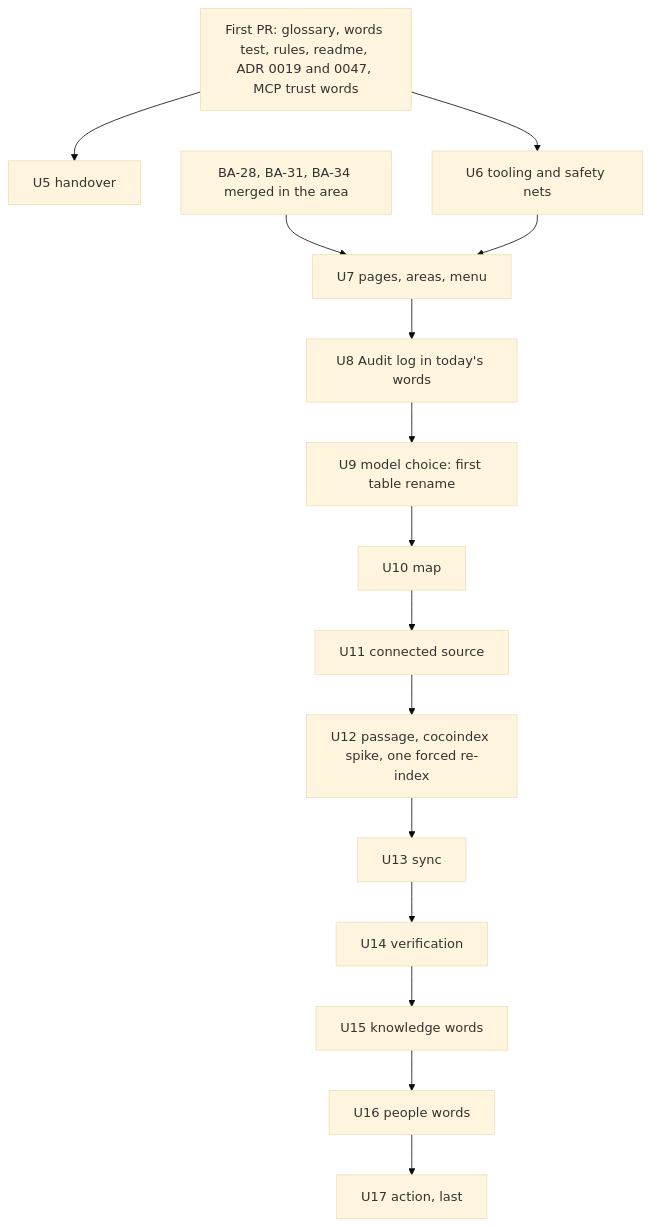
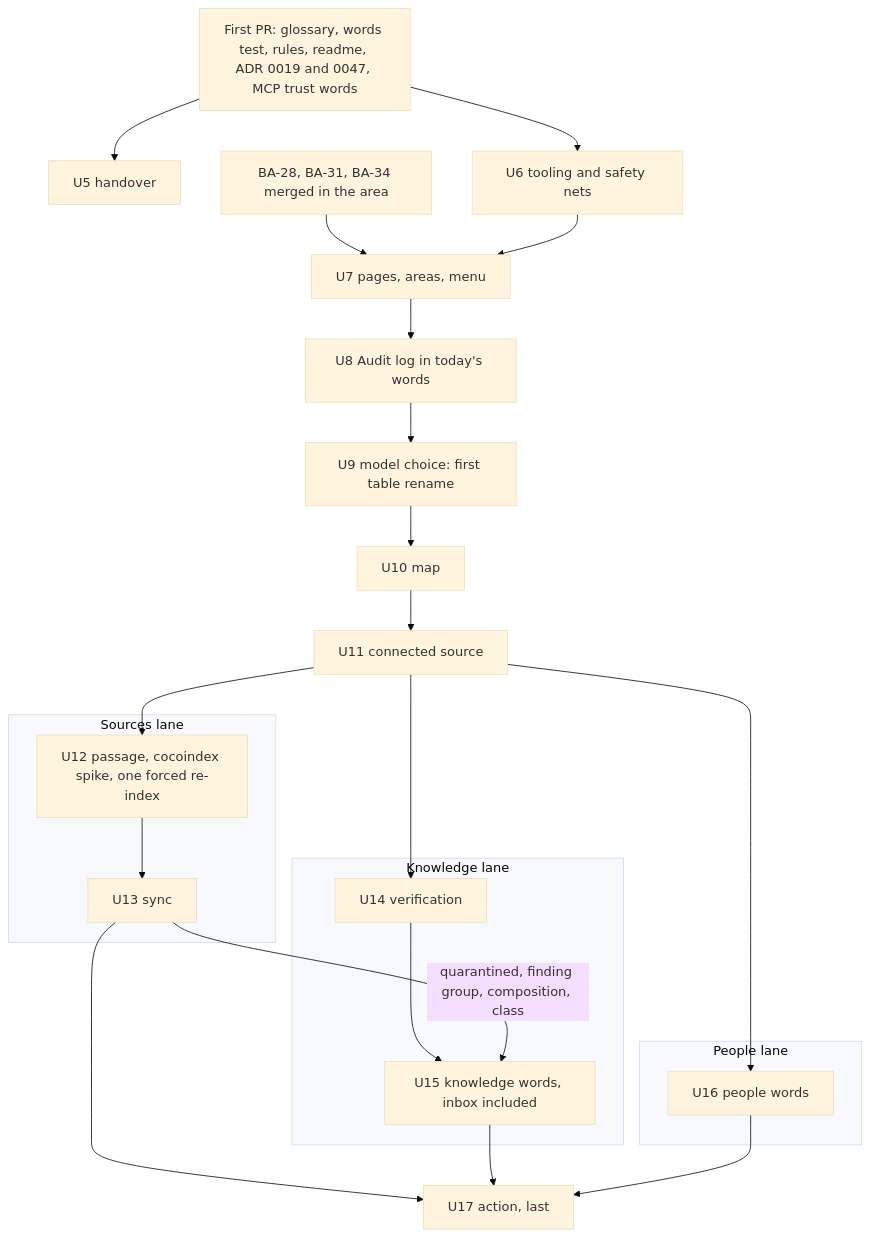
One commit to betteranswers/better-answers changed the first of 3 diagrams in docs/plans/2026-10-02-2325-docs-glossary-in-the-readers-words-plan.md. Above: the diagram before and after it, drawn with Mermaid (base theme). The commit also changed other lines of this file, not shown here.

````diff
--- a/docs/plans/2026-10-02-2325-docs-glossary-in-the-readers-words-plan.md
+++ b/docs/plans/2026-10-02-2325-docs-glossary-in-the-readers-words-plan.md
@@ -241,17 +252,27 @@
 ```mermaid
 flowchart TB
   P1[First PR: glossary, words test, rules, readme, ADR 0019 and 0047, MCP trust words] --> H[U5 handover]
   P1 --> T[U6 tooling and safety nets]
   S[BA-28, BA-31, BA-34 merged in the area] --> W
   T --> W[U7 pages, areas, menu]
   W --> A[U8 Audit log in today's words]
   A --> M[U9 model choice: first table rename]
   M --> G[U10 map]
   G --> C[U11 connected source]
-  C --> PS[U12 passage, cocoindex spike, one forced re-index]
-  PS --> Y[U13 sync]
-  Y --> V[U14 verification]
-  V --> K[U15 knowledge words]
-  K --> PE[U16 people words]
-  PE --> X[U17 action, last]
+  subgraph Sources lane
+    PS[U12 passage, cocoindex spike, one forced re-index] --> Y[U13 sync]
+  end
+  subgraph Knowledge lane
+    V[U14 verification] --> K[U15 knowledge words, inbox included]
+  end
+  subgraph People lane
+    PE[U16 people words]
+  end
+  C --> PS
+  C --> V
+  C --> PE
+  Y -->|quarantined, finding group, composition, class| K
+  Y --> X[U17 action, last]
+  K --> X
+  PE --> X
 ```
````
